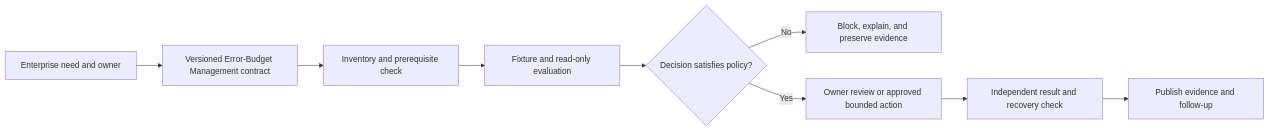
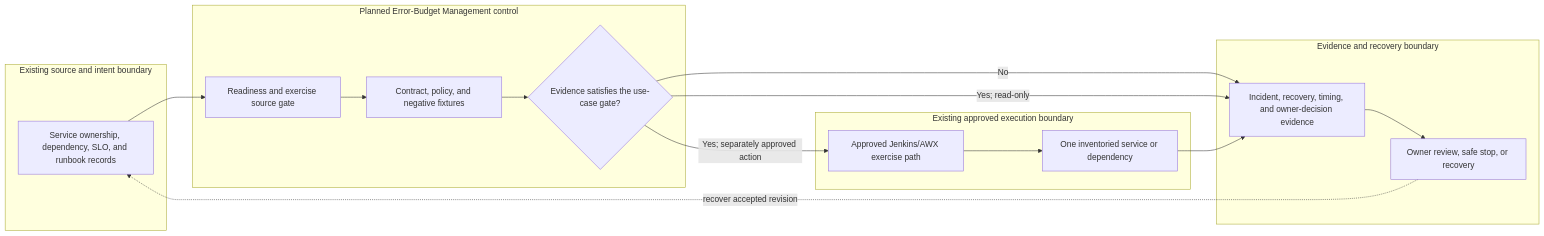
One commit to MIDHTECH/enterprise-architecture-docs changed the diagram in docs/use-cases/resilience/UC-RSO-003-error-budget-management.md. Above: the diagram before and after it, drawn with Mermaid. The commit also changed other lines of this file and 227 other files, not shown here.

Commit message:
Deepen architecture for all use case designs

````diff
--- a/docs/use-cases/resilience/UC-RSO-003-error-budget-management.md
+++ b/docs/use-cases/resilience/UC-RSO-003-error-budget-management.md
@@ -136,11 +129,25 @@
 ```mermaid
 flowchart LR
-    Need["Enterprise need and owner"] --> Contract["Versioned Error-Budget Management contract"]
-    Contract --> Preflight["Inventory and prerequisite check"]
-    Preflight --> Evaluate["Fixture and read-only evaluation"]
-    Evaluate --> Decision{"Decision satisfies policy?"}
-    Decision -->|No| Stop["Block, explain, and preserve evidence"]
-    Decision -->|Yes| Review["Owner review or approved bounded action"]
-    Review --> Verify["Independent result and recovery check"]
-    Verify --> Publish["Publish evidence and follow-up"]
+    subgraph Source["Existing source and intent boundary"]
+        A["Service ownership, dependency, SLO, and runbook records"]
+    end
+    subgraph Planned["Planned Error-Budget Management control"]
+        B["Readiness and exercise source gate"]
+        C["Contract, policy, and negative fixtures"]
+        D{"Evidence satisfies the use-case gate?"}
+    end
+    subgraph Runtime["Existing approved execution boundary"]
+        E["Approved Jenkins/AWX exercise path"]
+        F["One inventoried service or dependency"]
+    end
+    subgraph Assurance["Evidence and recovery boundary"]
+        G["Incident, recovery, timing, and owner-decision evidence"]
+        H["Owner review, safe stop, or recovery"]
+    end
+
+    A --> B --> C --> D
+    D -->|No| G --> H
+    D -->|Yes; read-only| G
+    D -->|Yes; separately approved action| E --> F --> G
+    H -. recover accepted revision .-> A
 ```
````
